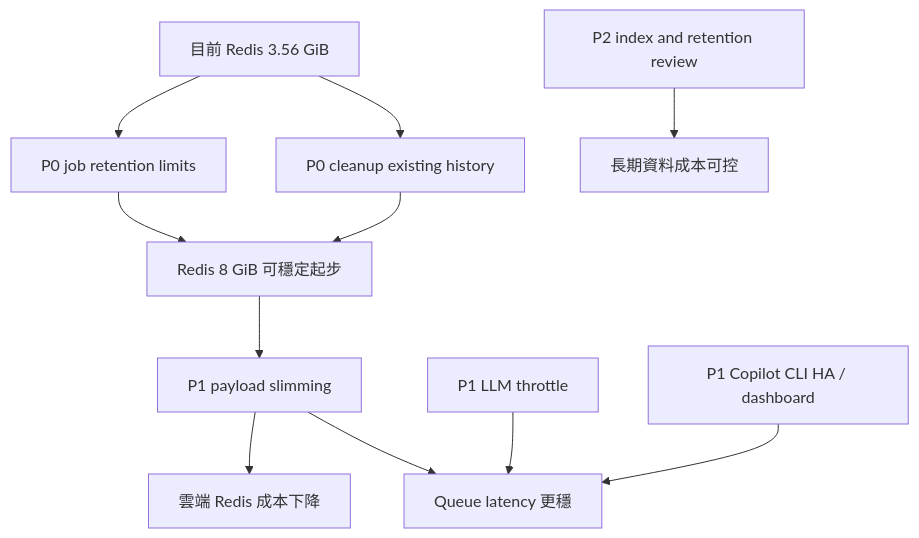
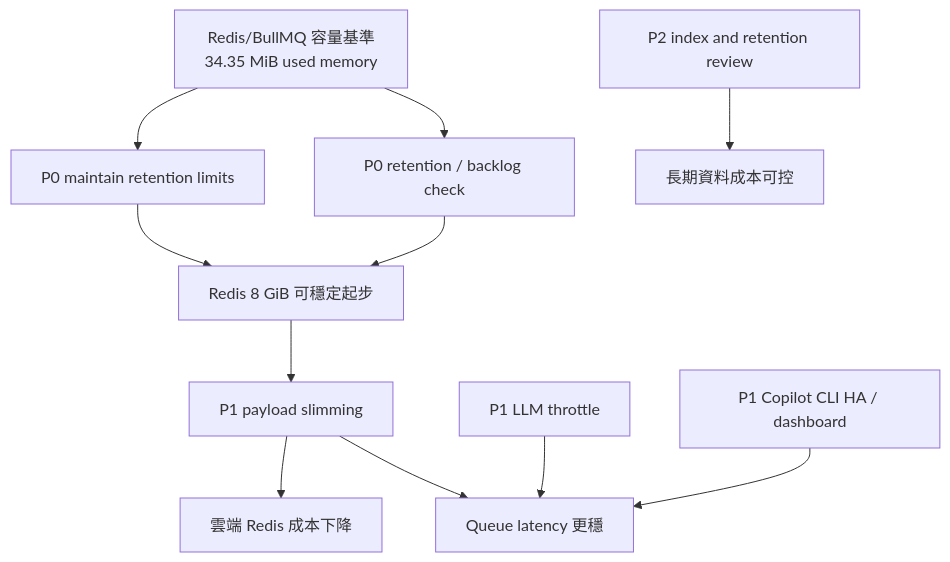
Before and after one commit to chunkai1312/temp: diagram 15 of 16 in production-resource-architecture-proposal.md, drawn with Mermaid. The commit also changed other lines of this file, not shown here.

````diff
--- a/production-resource-architecture-proposal.md
+++ b/production-resource-architecture-proposal.md
@@ -672,13 +637,13 @@
 ```mermaid
 flowchart TB
-  NOW["目前 Redis 3.56 GiB"] --> P0A["P0 job retention limits"]
-  NOW --> P0B["P0 cleanup existing history"]
+  NOW["Redis/BullMQ 容量基準\n34.35 MiB used memory"] --> P0A["P0 maintain retention limits"]
+  NOW --> P0B["P0 retention / backlog check"]
   P0A --> LOWER["Redis 8 GiB 可穩定起步"]
   P0B --> LOWER
   LOWER --> P1A["P1 payload slimming"]
   P1A --> COST["雲端 Redis 成本下降"]
   P1A --> STABILITY["Queue latency 更穩"]
   P1B["P1 LLM throttle"] --> STABILITY
   P1C["P1 Copilot CLI HA / dashboard"] --> STABILITY
   P2["P2 index and retention review"] --> LONGTERM["長期資料成本可控"]
 ```
````
